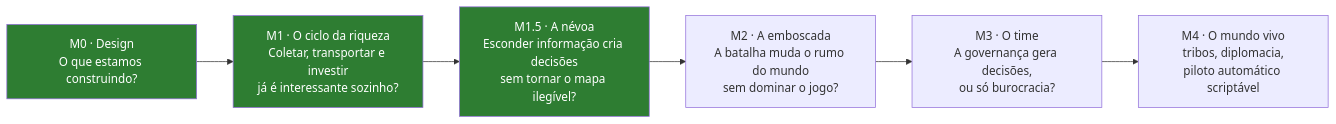
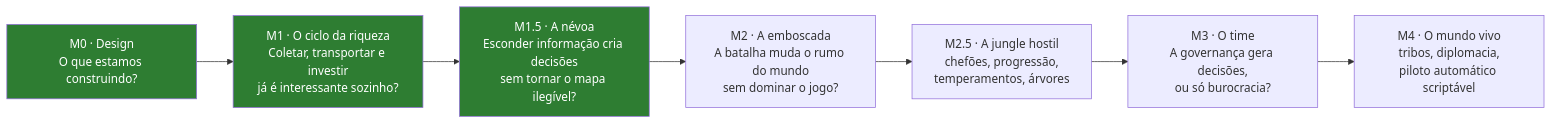
The first of 8 diagrams in docs/OVERVIEW.md (eliasfeijo/geometrix), drawn with Mermaid before and after one commit. The commit also changed other lines of this file and 12 other files, not shown here.

````diff
--- a/docs/OVERVIEW.md
+++ b/docs/OVERVIEW.md
@@ -83,11 +83,12 @@
 ```mermaid
 flowchart LR
     M0["M0 · Design<br/>O que estamos construindo?"] --> M1["M1 · O ciclo da riqueza<br/>Coletar, transportar e investir<br/>já é interessante sozinho?"]
     M1 --> M15["M1.5 · A névoa<br/>Esconder informação cria decisões<br/>sem tornar o mapa ilegível?"]
     M15 --> M2["M2 · A emboscada<br/>A batalha muda o rumo do mundo<br/>sem dominar o jogo?"]
-    M2 --> M3["M3 · O time<br/>A governança gera decisões,<br/>ou só burocracia?"]
+    M2 --> M25["M2.5 · A jungle hostil<br/>chefões, progressão,<br/>temperamentos, árvores"]
+    M25 --> M3["M3 · O time<br/>A governança gera decisões,<br/>ou só burocracia?"]
     M3 --> M4["M4 · O mundo vivo<br/>tribos, diplomacia,<br/>piloto automático scriptável"]
     style M0 fill:#2e7d32,color:#fff
     style M1 fill:#2e7d32,color:#fff
     style M15 fill:#2e7d32,color:#fff
 ```
````
